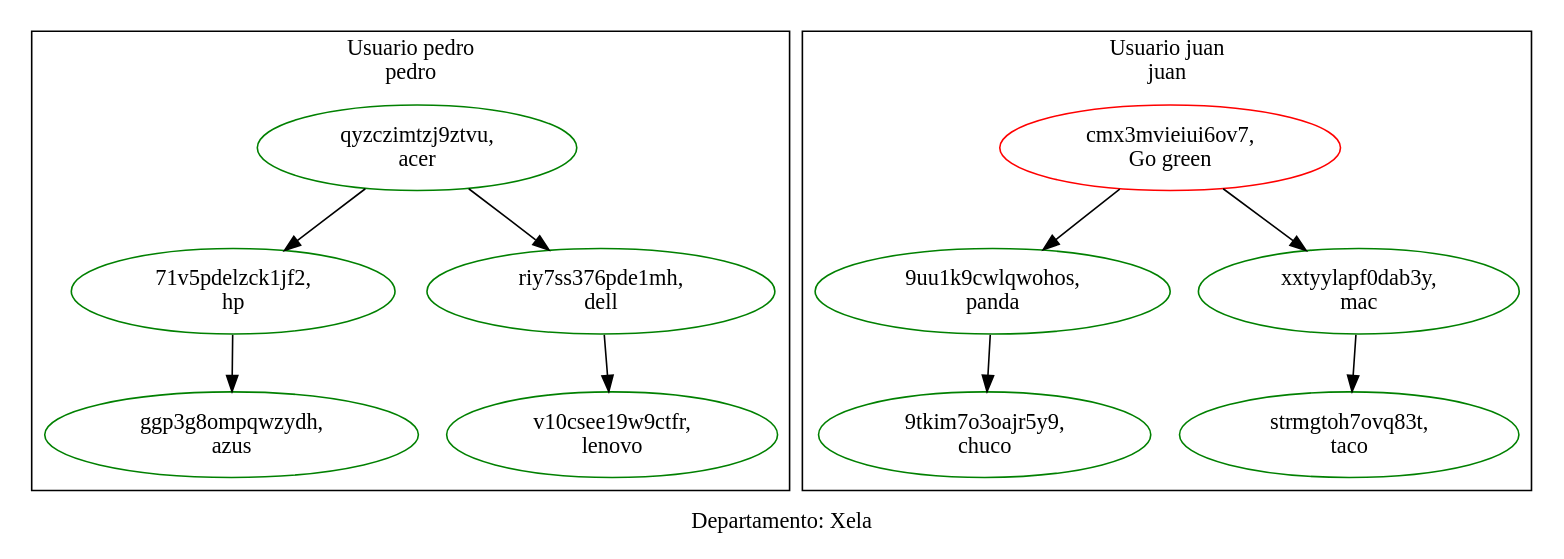
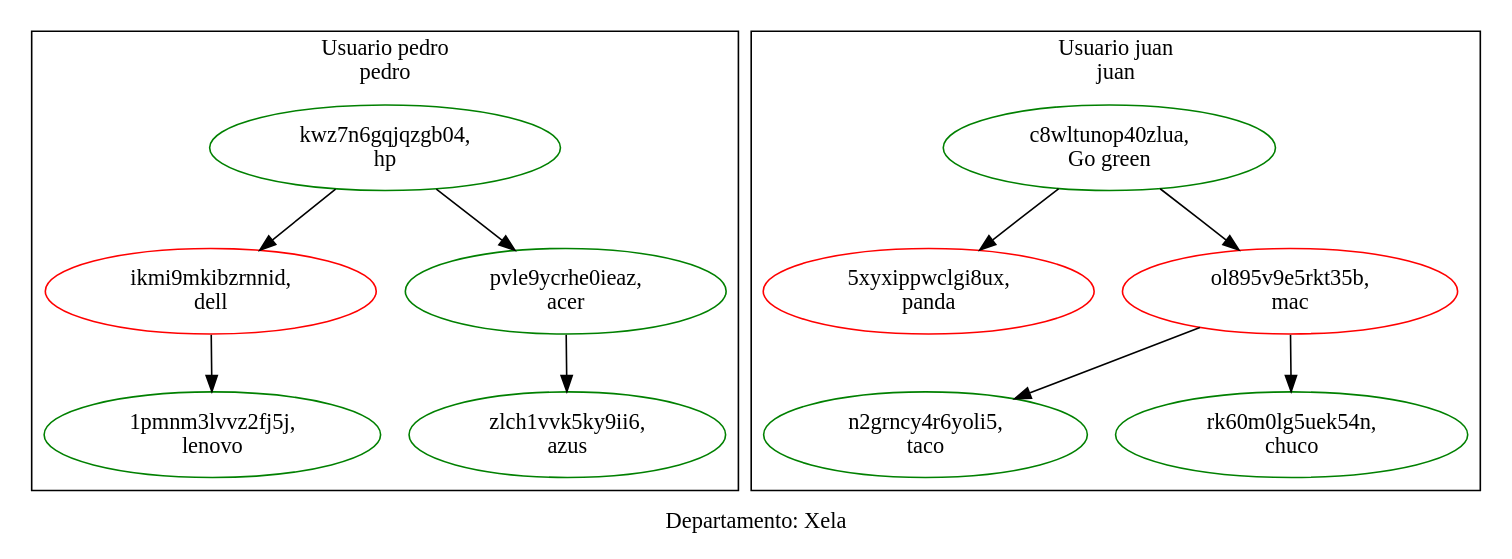
Before and after one commit to Stevensis/EDD20VJ_Proyecto1: the diagram in ReporteActivosXela.dot, drawn with Graphviz. The commit also changed 21 other files, not shown here.

```diff
--- a/ReporteActivosXela.dot
+++ b/ReporteActivosXela.dot
@@ -1,32 +1,37 @@
 digraph G { 
 
  label="Departamento: Xela " 
 
  subgraph cluster_0 { 
 
  label="Usuario pedro \n pedro " 
 node [height=0.5, width=1.2];
-"71v5pdelzck1jf2" [label=" 71v5pdelzck1jf2,\nhp",color=green] 
-"71v5pdelzck1jf2" -> "ggp3g8ompqwzydh" 
-"ggp3g8ompqwzydh" [label=" ggp3g8ompqwzydh,\nazus",color=green] 
-"qyzczimtzj9ztvu" [label=" qyzczimtzj9ztvu,\nacer",color=green] 
-"qyzczimtzj9ztvu" -> "riy7ss376pde1mh" 
-"qyzczimtzj9ztvu" -> "71v5pdelzck1jf2" 
-"riy7ss376pde1mh" [label=" riy7ss376pde1mh,\ndell",color=green] 
-"riy7ss376pde1mh" -> "v10csee19w9ctfr" 
-"v10csee19w9ctfr" [label=" v10csee19w9ctfr,\nlenovo",color=green] 
+"1pmnm3lvvz2fj5j" [label=" 1pmnm3lvvz2fj5j,\nlenovo",color=green] 
+"ikmi9mkibzrnnid" [label=" ikmi9mkibzrnnid,\ndell",color=red] 
+"ikmi9mkibzrnnid" -> "1pmnm3lvvz2fj5j" 
+"kwz7n6gqjqzgb04" [label=" kwz7n6gqjqzgb04,\nhp",color=green] 
+"kwz7n6gqjqzgb04" -> "pvle9ycrhe0ieaz" 
+"kwz7n6gqjqzgb04" -> "ikmi9mkibzrnnid" 
+"pvle9ycrhe0ieaz" [label=" pvle9ycrhe0ieaz,\nacer",color=green] 
+"pvle9ycrhe0ieaz" -> "zlch1vvk5ky9ii6" 
+"zlch1vvk5ky9ii6" [label=" zlch1vvk5ky9ii6,\nazus",color=green] 
 }
  subgraph cluster_1 { 
 
  label="Usuario juan \n juan " 
 node [height=0.5, width=1.2];
-"9tkim7o3oajr5y9" [label=" 9tkim7o3oajr5y9,\nchuco",color=green] 
-"9uu1k9cwlqwohos" [label=" 9uu1k9cwlqwohos,\npanda",color=green] 
-"9uu1k9cwlqwohos" -> "9tkim7o3oajr5y9" 
-"cmx3mvieiui6ov7" [label=" cmx3mvieiui6ov7,\nGo green",color=red] 
-"cmx3mvieiui6ov7" -> "xxtyylapf0dab3y" 
-"cmx3mvieiui6ov7" -> "9uu1k9cwlqwohos" 
-"strmgtoh7ovq83t" [label=" strmgtoh7ovq83t,\ntaco",color=green] 
-"xxtyylapf0dab3y" [label=" xxtyylapf0dab3y,\nmac",color=green] 
-"xxtyylapf0dab3y" -> "strmgtoh7ovq83t" 
+"5xyxippwclgi8ux" [label=" 5xyxippwclgi8ux,\npanda",color=red] 
+"c8wltunop40zlua" [label=" c8wltunop40zlua,\nGo green",color=green] 
+"c8wltunop40zlua" -> "ol895v9e5rkt35b" 
+"c8wltunop40zlua" -> "5xyxippwclgi8ux" 
+"n2grncy4r6yoli5" [label=" n2grncy4r6yoli5,\ntaco",color=green] 
+"ol895v9e5rkt35b" [label=" ol895v9e5rkt35b,\nmac",color=red] 
+"ol895v9e5rkt35b" -> "rk60m0lg5uek54n" 
+"ol895v9e5rkt35b" -> "n2grncy4r6yoli5" 
+"rk60m0lg5uek54n" [label=" rk60m0lg5uek54n,\nchuco",color=green] 
+}
+ subgraph cluster_2 { 
+
+ label="Usuario pepe \n pepe " 
+node [height=0.5, width=1.2];
 }}
```
